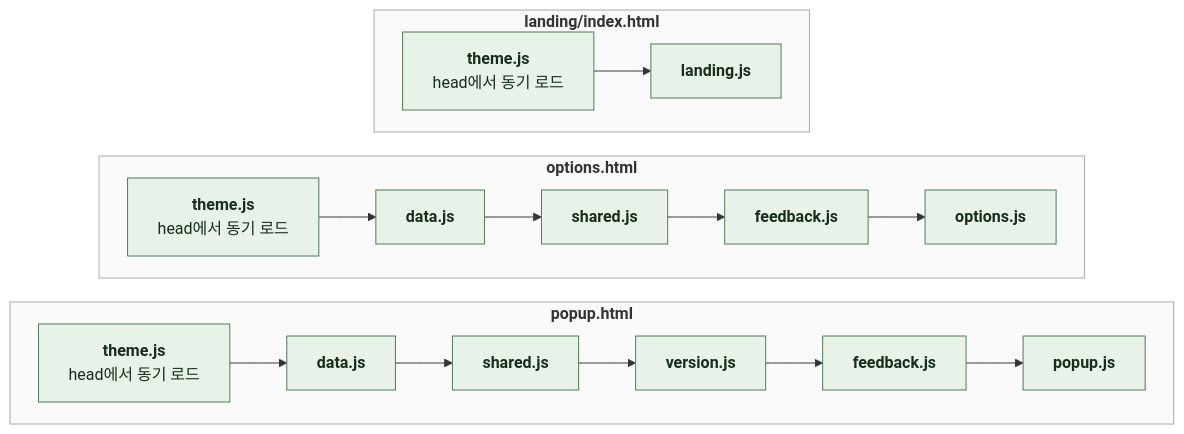
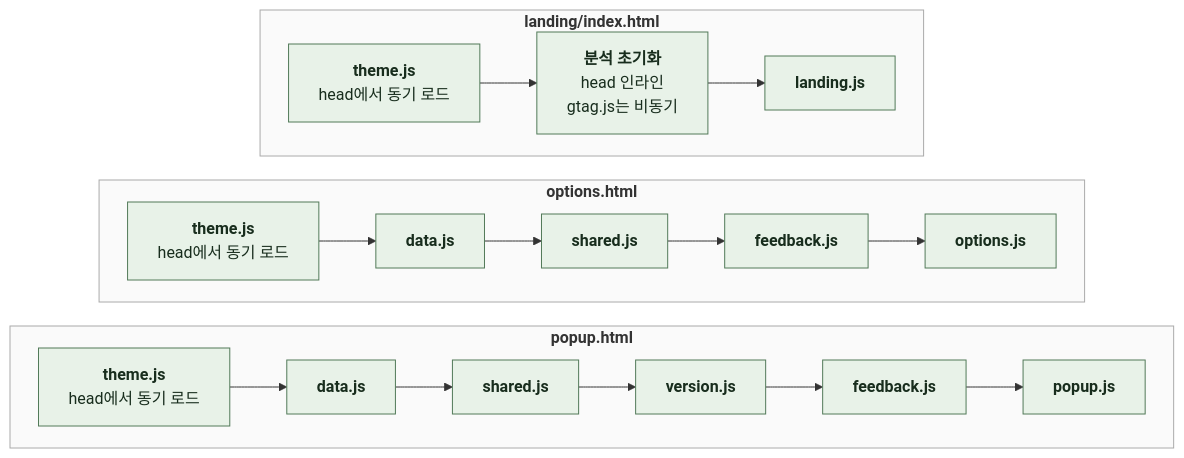
Before and after one commit to kangkyunghyun/LinKHU: the diagram in docs/spec/4-4-SOFTWARE-ARCHITECTURE.md, drawn with Mermaid. The commit also changed other lines of this file and 16 other files, not shown here.

````diff
--- a/docs/spec/4-4-SOFTWARE-ARCHITECTURE.md
+++ b/docs/spec/4-4-SOFTWARE-ARCHITECTURE.md
@@ -35,24 +37,26 @@
 ```mermaid
 %%{init: {"flowchart": {"curve": "basis", "nodeSpacing": 24, "rankSpacing": 32}}}%%
 flowchart LR
     subgraph P["`**popup.html**`"]
         direction LR
         P0["`**theme.js**
 head에서 동기 로드`"] --> P1["`**data.js**`"] --> P2["`**shared.js**`"] --> P3["`**version.js**`"] --> P4["`**feedback.js**`"] --> P5["`**popup.js**`"]
     end
     subgraph O["`**options.html**`"]
         direction LR
         O0["`**theme.js**
 head에서 동기 로드`"] --> O1["`**data.js**`"] --> O2["`**shared.js**`"] --> O3["`**feedback.js**`"] --> O4["`**options.js**`"]
     end
     subgraph L["`**landing/index.html**`"]
         direction LR
         L0["`**theme.js**
-head에서 동기 로드`"] --> L1["`**landing.js**`"]
+head에서 동기 로드`"] --> L2["`**분석 초기화**
+head 인라인
+gtag.js는 비동기`"] --> L1["`**landing.js**`"]
     end
     classDef comp fill:#E8F2E8,stroke:#527A59,color:#182D1D
-    class P0,P1,P2,P3,P4,P5,O0,O1,O2,O3,O4,L0,L1 comp
+    class P0,P1,P2,P3,P4,P5,O0,O1,O2,O3,O4,L0,L1,L2 comp
     style P fill:#FAFAFA,stroke:#AAAAAA
     style O fill:#FAFAFA,stroke:#AAAAAA
     style L fill:#FAFAFA,stroke:#AAAAAA
 ```
````
